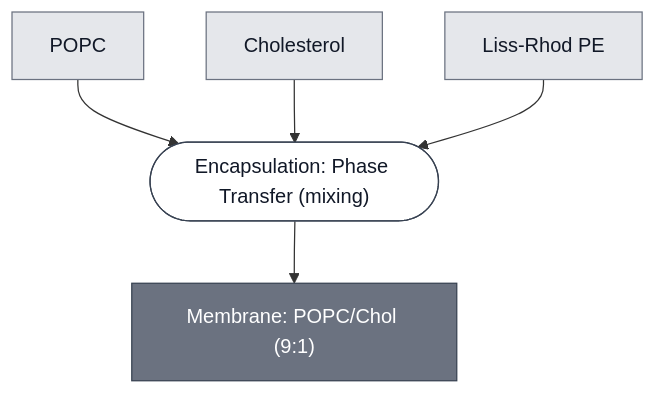
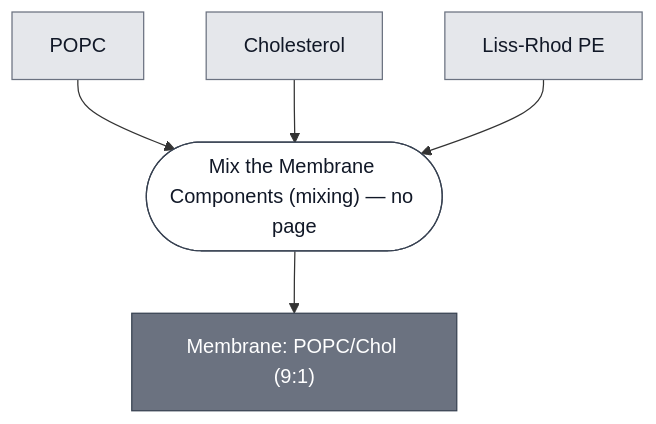
The second of 2 diagrams in docs/modules/membrane-popc-chol-9-1/spec.md (nucleus-eng/nucleus-docs), drawn with Mermaid before and after one commit. The commit also changed 12 other files, not shown here.

````diff
--- a/docs/modules/membrane-popc-chol-9-1/spec.md
+++ b/docs/modules/membrane-popc-chol-9-1/spec.md
@@ -37,25 +37,24 @@
 ```mermaid
 flowchart TD
     POPC["POPC"]
     CHOLESTEROL["Cholesterol"]
     LISS_RHOD_PE["Liss-Rhod PE"]
 
-    P1_PREPARE_FOR_PHASE_TRANSFER_0(["Encapsulation: Phase Transfer (mixing)"])
+    P1_PREPARE_FOR_PHASE_TRANSFER_0(["Mix the Membrane Components (mixing) — no page"])
     MEMBRANE_POPC_CHOL_9_1["Membrane: POPC/Chol (9:1)"]
 
     POPC --> P1_PREPARE_FOR_PHASE_TRANSFER_0
     CHOLESTEROL --> P1_PREPARE_FOR_PHASE_TRANSFER_0
     LISS_RHOD_PE --> P1_PREPARE_FOR_PHASE_TRANSFER_0
     P1_PREPARE_FOR_PHASE_TRANSFER_0 --> MEMBRANE_POPC_CHOL_9_1
 
 
     classDef leaf     fill:#e5e7eb,stroke:#6b7280,color:#111827;
     classDef composed fill:#6b7280,stroke:#374151,color:#ffffff;
     classDef process  fill:#ffffff,stroke:#374151,color:#111827;
     class POPC,CHOLESTEROL,LISS_RHOD_PE leaf;
     class MEMBRANE_POPC_CHOL_9_1 composed;
     class P1_PREPARE_FOR_PHASE_TRANSFER_0 process;
 
-    click P1_PREPARE_FOR_PHASE_TRANSFER_0 "/docs/processes/assemble-base-cell/main"
     click MEMBRANE_POPC_CHOL_9_1 "/docs/modules/membrane-popc-chol-9-1/spec"
 ```
````
